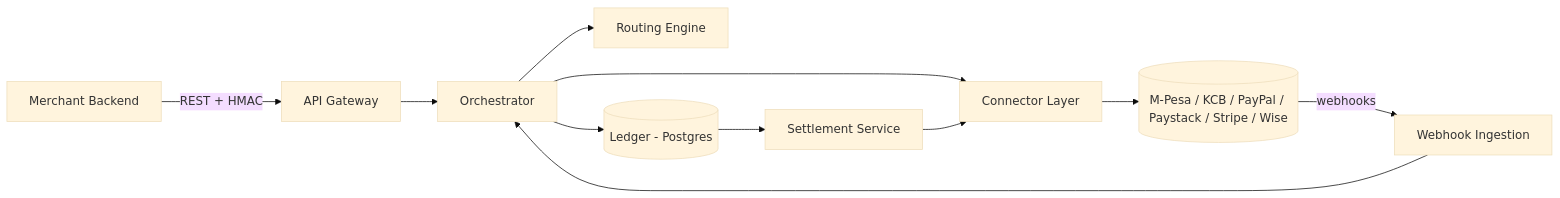
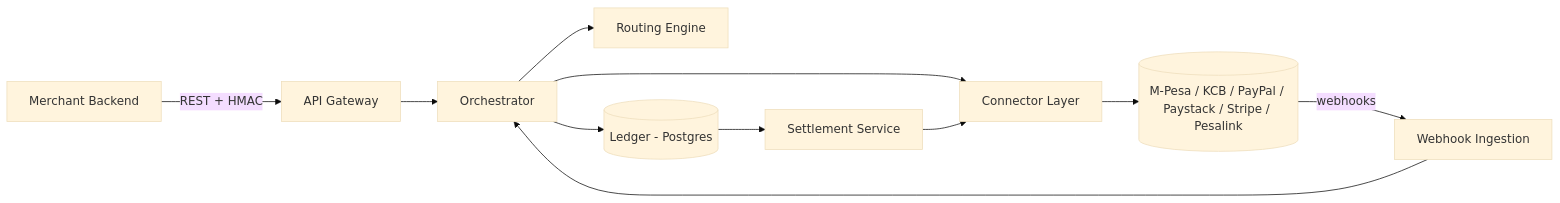
Before and after one commit to paulodhiambo/zia: the diagram in readme.md, drawn with Mermaid (base theme). The commit also changed other lines of this file and 3 other files, not shown here.

````diff
--- a/readme.md
+++ b/readme.md
@@ -72,13 +72,13 @@
 ```mermaid
 flowchart LR
     M[Merchant Backend] -->|REST + HMAC| GW[API Gateway]
     GW --> ORC[Orchestrator]
     ORC --> RTE[Routing Engine]
     ORC --> Conn[Connector Layer]
-    Conn --> PSP[(M-Pesa / KCB / PayPal / Paystack / Stripe / Wise)]
+    Conn --> PSP[(M-Pesa / KCB / PayPal / Paystack / Stripe / Pesalink)]
     PSP -->|webhooks| WH[Webhook Ingestion]
     WH --> ORC
     ORC --> LED[(Ledger - Postgres)]
     LED --> SET[Settlement Service]
     SET --> Conn
 ```
````
